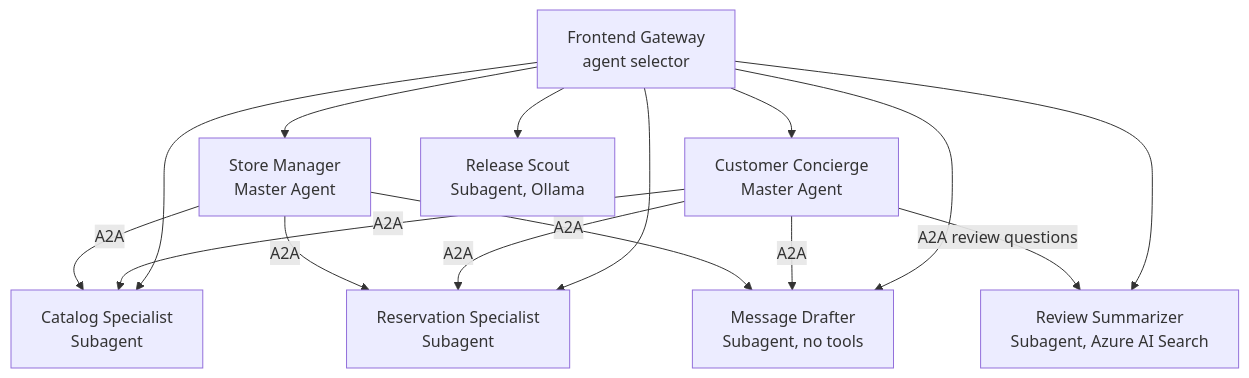
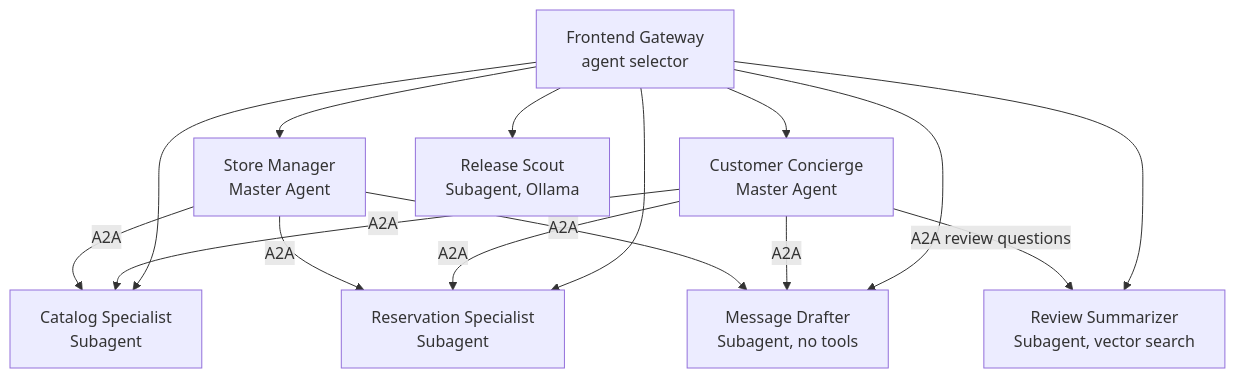
The first of 7 diagrams in docs/bookstore-agent-scenario.md (athanasios-u8/agentic-platform-k8s), drawn with Mermaid before and after one commit. The commit also changed other lines of this file and 60 other files, not shown here.

````diff
--- a/docs/bookstore-agent-scenario.md
+++ b/docs/bookstore-agent-scenario.md
@@ -169,29 +173,29 @@
 ```mermaid
 flowchart TD
   GW["Frontend Gateway\nagent selector"]
   CC["Customer Concierge\nMaster Agent"]
   SM["Store Manager\nMaster Agent"]
 
   CS["Catalog Specialist\nSubagent"]
   RS["Reservation Specialist\nSubagent"]
   MD["Message Drafter\nSubagent, no tools"]
   Scout["Release Scout\nSubagent, Ollama"]
-  Reviews["Review Summarizer\nSubagent, Azure AI Search"]
+  Reviews["Review Summarizer\nSubagent, vector search"]
 
   GW --> CC
   GW --> SM
   GW --> CS
   GW --> RS
   GW --> MD
   GW --> Scout
   GW --> Reviews
 
   CC -->|A2A| CS
   CC -->|A2A| RS
   CC -->|A2A| MD
   CC -->|A2A review questions| Reviews
 
   SM -->|A2A| CS
   SM -->|A2A| RS
   SM -->|A2A| MD
 ```
````
